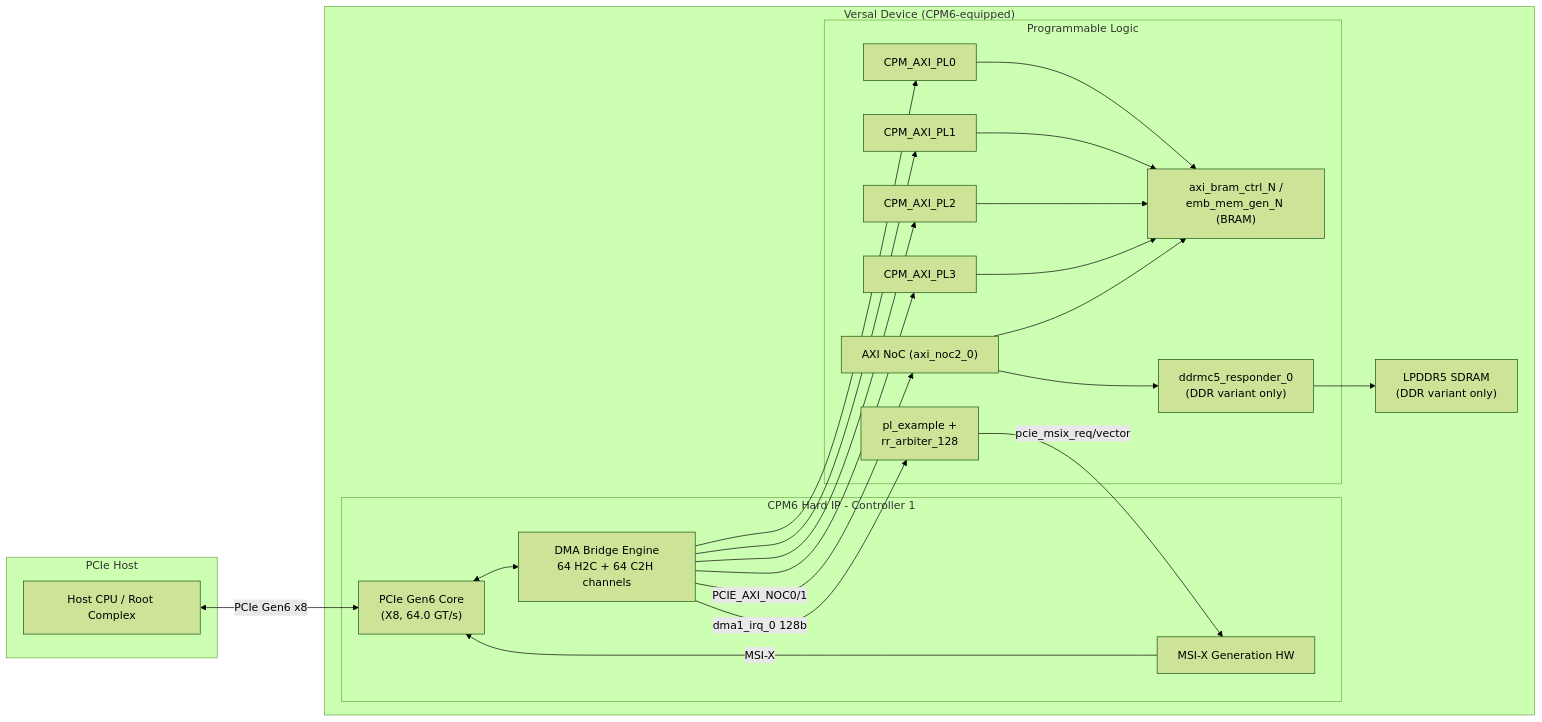
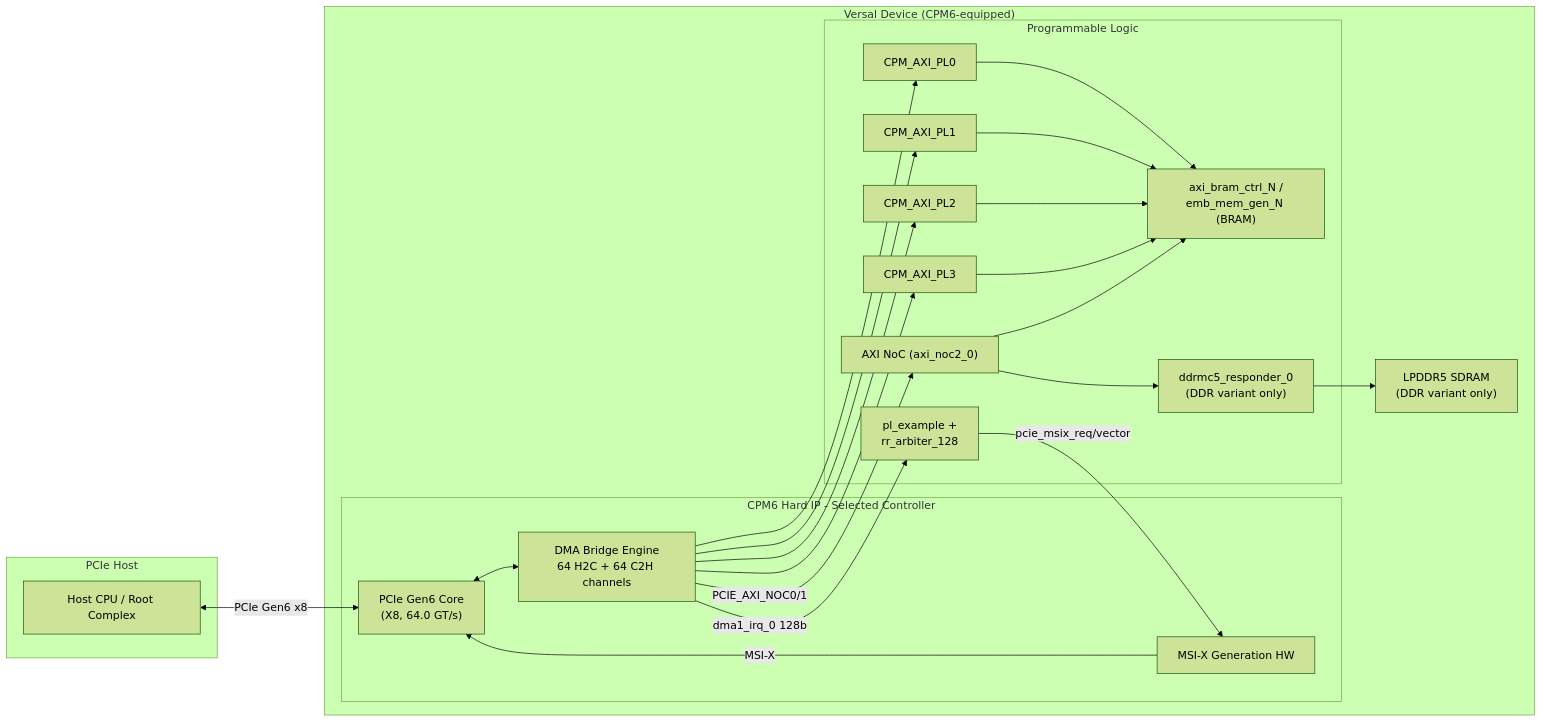
Before and after one commit to Xilinx/XilinxCEDStore: the first of 3 diagrams in ced/Xilinx/IPI/Versal_CPM6_DMA_Design/README.md, drawn with Mermaid (forest theme). The commit also changed other lines of this file and 8 other files, not shown here.

````diff
--- a/ced/Xilinx/IPI/Versal_CPM6_DMA_Design/README.md
+++ b/ced/Xilinx/IPI/Versal_CPM6_DMA_Design/README.md
@@ -55,41 +55,41 @@
 ```mermaid
 flowchart LR
     subgraph HOST["PCIe Host"]
         H[Host CPU / Root Complex]
     end
 
     subgraph VERSAL["Versal Device (CPM6-equipped)"]
-        subgraph CPM6["CPM6 Hard IP - Controller 1"]
+        subgraph CPM6["CPM6 Hard IP - Selected Controller"]
             PCIeCore["PCIe Gen6 Core<br/>(X8, 64.0 GT/s)"]
             DMABridge["DMA Bridge Engine<br/>64 H2C + 64 C2H channels"]
             MSIXHw["MSI-X Generation HW"]
         end
 
         subgraph PL["Programmable Logic"]
             PLAXI0["CPM_AXI_PL0"]
             PLAXI1["CPM_AXI_PL1"]
             PLAXI2["CPM_AXI_PL2"]
             PLAXI3["CPM_AXI_PL3"]
             NOC["AXI NoC (axi_noc2_0)"]
             BRAM["axi_bram_ctrl_N /<br/>emb_mem_gen_N (BRAM)"]
             DDRMC["ddrmc5_responder_0<br/>(DDR variant only)"]
             PLExample["pl_example +<br/>rr_arbiter_128"]
         end
 
         LPDDR5["LPDDR5 SDRAM<br/>(DDR variant only)"]
     end
 
     H <-->|PCIe Gen6 x8| PCIeCore
     PCIeCore <--> DMABridge
     DMABridge -->|dma1_irq_0 128b| PLExample
     PLExample -->|pcie_msix_req/vector| MSIXHw
     MSIXHw -->|MSI-X| PCIeCore
 
     DMABridge --> PLAXI0 --> BRAM
     DMABridge --> PLAXI1 --> BRAM
     DMABridge --> PLAXI2 --> BRAM
     DMABridge --> PLAXI3 --> BRAM
     DMABridge -->|PCIE_AXI_NOC0/1| NOC
     NOC --> BRAM
     NOC --> DDRMC --> LPDDR5
 ```
````
